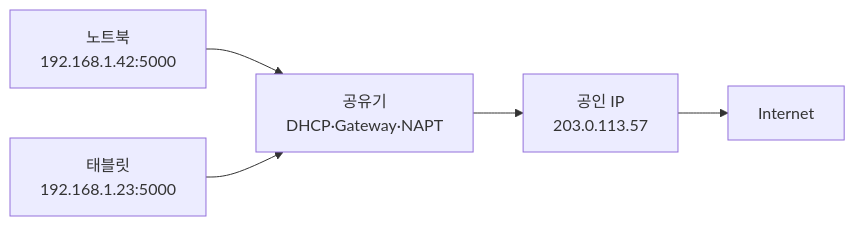
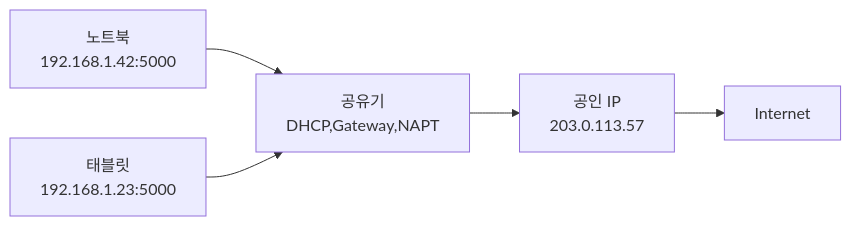
The fourth of 7 diagrams in _posts/CI-CD-Docker/Docker/2026-08-17-docker-09-container-networking.md (minnong511/minnong511.github.io), drawn with Mermaid before and after one commit. The commit also changed other lines of this file and 8 other files, not shown here.

````diff
--- a/_posts/CI-CD-Docker/Docker/2026-08-17-docker-09-container-networking.md
+++ b/_posts/CI-CD-Docker/Docker/2026-08-17-docker-09-container-networking.md
@@ -126,7 +126,7 @@
 ```mermaid
 flowchart LR
-    A["노트북<br/>192.168.1.42:5000"] --> R["공유기<br/>DHCP·Gateway·NAPT"]
+    A["노트북<br/>192.168.1.42:5000"] --> R["공유기<br/>DHCP,Gateway,NAPT"]
     B["태블릿<br/>192.168.1.23:5000"] --> R
     R --> P["공인 IP<br/>203.0.113.57"]
     P --> I["Internet"]
 ```
````
